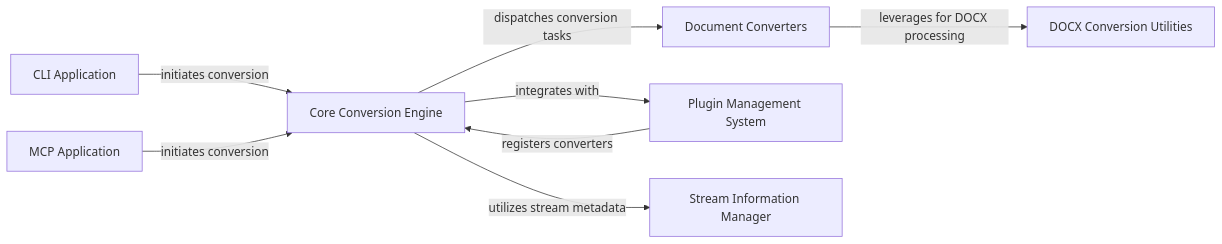
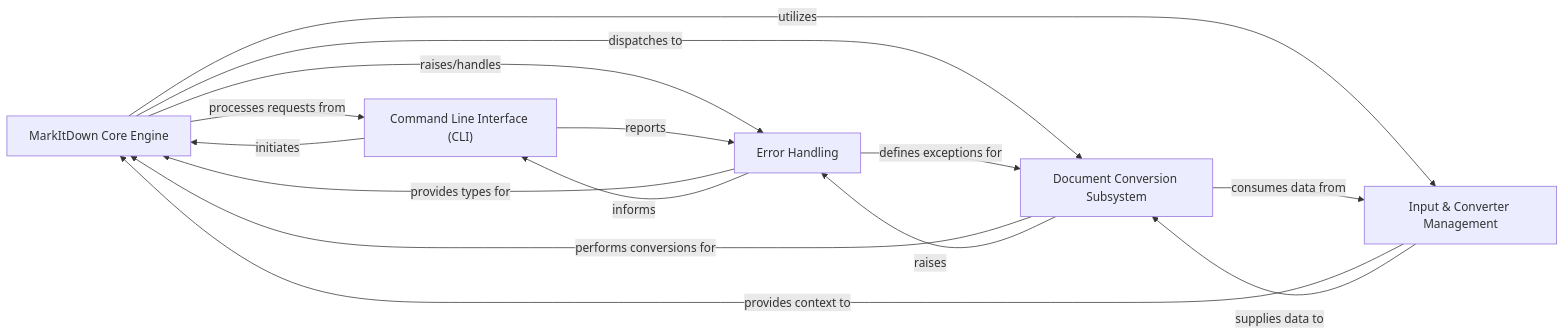
One commit to CodeBoarding/GeneratedOnBoardings changed the diagram in markitdown/on_boarding.md. Above: the diagram before and after it, drawn with Mermaid. The commit also changed other lines of this file and 25 other files, not shown here.

````diff
--- a/markitdown/on_boarding.md
+++ b/markitdown/on_boarding.md
@@ -1,24 +1,26 @@
 ```mermaid
 graph LR
-    Core_Conversion_Engine["Core Conversion Engine"]
-    Document_Converters["Document Converters"]
-    DOCX_Conversion_Utilities["DOCX Conversion Utilities"]
-    CLI_Application["CLI Application"]
-    MCP_Application["MCP Application"]
-    Plugin_Management_System["Plugin Management System"]
-    Stream_Information_Manager["Stream Information Manager"]
-    CLI_Application -- "initiates conversion" --> Core_Conversion_Engine
-    MCP_Application -- "initiates conversion" --> Core_Conversion_Engine
-    Core_Conversion_Engine -- "dispatches conversion tasks" --> Document_Converters
-    Core_Conversion_Engine -- "utilizes stream metadata" --> Stream_Information_Manager
-    Core_Conversion_Engine -- "integrates with" --> Plugin_Management_System
-    Plugin_Management_System -- "registers converters" --> Core_Conversion_Engine
-    Document_Converters -- "leverages for DOCX processing" --> DOCX_Conversion_Utilities
-    click Core_Conversion_Engine href "https://github.com/CodeBoarding/GeneratedOnBoardings/blob/main/markitdown/Core Conversion Engine.md" "Details"
-    click Document_Converters href "https://github.com/CodeBoarding/GeneratedOnBoardings/blob/main/markitdown/Document Converters.md" "Details"
-    click DOCX_Conversion_Utilities href "https://github.com/CodeBoarding/GeneratedOnBoardings/blob/main/markitdown/DOCX Conversion Utilities.md" "Details"
-    click CLI_Application href "https://github.com/CodeBoarding/GeneratedOnBoardings/blob/main/markitdown/CLI Application.md" "Details"
-    click MCP_Application href "https://github.com/CodeBoarding/GeneratedOnBoardings/blob/main/markitdown/MCP Application.md" "Details"
-    click Plugin_Management_System href "https://github.com/CodeBoarding/GeneratedOnBoardings/blob/main/markitdown/Plugin Management System.md" "Details"
-    click Stream_Information_Manager href "https://github.com/CodeBoarding/GeneratedOnBoardings/blob/main/markitdown/Stream Information Manager.md" "Details"
+    MarkItDown_Core_Engine["MarkItDown Core Engine"]
+    Input_Converter_Management["Input & Converter Management"]
+    Document_Conversion_Subsystem["Document Conversion Subsystem"]
+    Command_Line_Interface_CLI_["Command Line Interface (CLI)"]
+    Error_Handling["Error Handling"]
+    Command_Line_Interface_CLI_ -- "initiates" --> MarkItDown_Core_Engine
+    MarkItDown_Core_Engine -- "processes requests from" --> Command_Line_Interface_CLI_
+    MarkItDown_Core_Engine -- "utilizes" --> Input_Converter_Management
+    Input_Converter_Management -- "provides context to" --> MarkItDown_Core_Engine
+    MarkItDown_Core_Engine -- "dispatches to" --> Document_Conversion_Subsystem
+    Document_Conversion_Subsystem -- "performs conversions for" --> MarkItDown_Core_Engine
+    MarkItDown_Core_Engine -- "raises/handles" --> Error_Handling
+    Error_Handling -- "provides types for" --> MarkItDown_Core_Engine
+    Input_Converter_Management -- "supplies data to" --> Document_Conversion_Subsystem
+    Document_Conversion_Subsystem -- "consumes data from" --> Input_Converter_Management
+    Document_Conversion_Subsystem -- "raises" --> Error_Handling
+    Error_Handling -- "defines exceptions for" --> Document_Conversion_Subsystem
+    Command_Line_Interface_CLI_ -- "reports" --> Error_Handling
+    Error_Handling -- "informs" --> Command_Line_Interface_CLI_
+    click MarkItDown_Core_Engine href "https://github.com/CodeBoarding/GeneratedOnBoardings/blob/main//markitdown/MarkItDown_Core_Engine.md" "Details"
+    click Input_Converter_Management href "https://github.com/CodeBoarding/GeneratedOnBoardings/blob/main//markitdown/Input_Converter_Management.md" "Details"
+    click Document_Conversion_Subsystem href "https://github.com/CodeBoarding/GeneratedOnBoardings/blob/main//markitdown/Document_Conversion_Subsystem.md" "Details"
+    click Command_Line_Interface_CLI_ href "https://github.com/CodeBoarding/GeneratedOnBoardings/blob/main//markitdown/Command_Line_Interface_CLI_.md" "Details"
 ```
````
